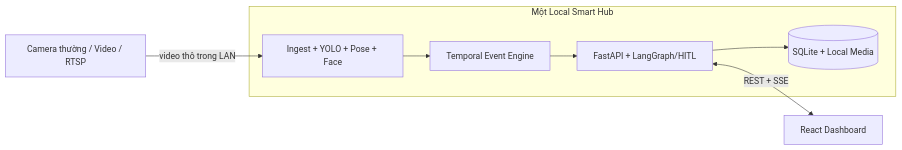
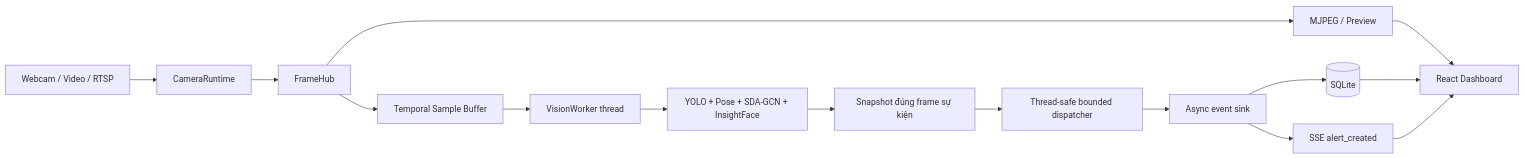
The diagram in README.md (daoquocdai/P227), drawn with Mermaid before and after one commit. The commit also changed other lines of this file and 93 other files, not shown here.

````diff
--- a/README.md
+++ b/README.md
@@ -86,14 +144,17 @@
 ```mermaid
 flowchart LR
-    CAM[Camera thường / Video / RTSP]
-    subgraph HUB[Một Local Smart Hub]
-        VISION[Ingest + YOLO + Pose + Face]
-        EVENT[Temporal Event Engine]
-        API[FastAPI + LangGraph/HITL]
-        DB[(SQLite + Local Media)]
-        VISION --> EVENT --> API --> DB
-    end
-    UI[React Dashboard]
-    CAM -->|video thô trong LAN| VISION
-    API <-->|REST + SSE| UI
+    CAMERA[Webcam / Video / RTSP] --> CAPTURE[CameraRuntime]
+    CAPTURE --> HUB[FrameHub]
+    HUB --> STREAM[MJPEG / Preview]
+    HUB --> SAMPLE[Temporal Sample Buffer]
+    SAMPLE --> WORKER[VisionWorker thread]
+    WORKER --> REAL[YOLO + Pose + SDA-GCN + InsightFace]
+    REAL --> SNAP[Snapshot đúng frame sự kiện]
+    SNAP --> BRIDGE[Thread-safe bounded dispatcher]
+    BRIDGE --> SINK[Async event sink]
+    SINK --> DB[(SQLite)]
+    SINK --> SSE[SSE alert_created]
+    STREAM --> UI[React Dashboard]
+    DB --> UI
+    SSE --> UI
 ```
````
